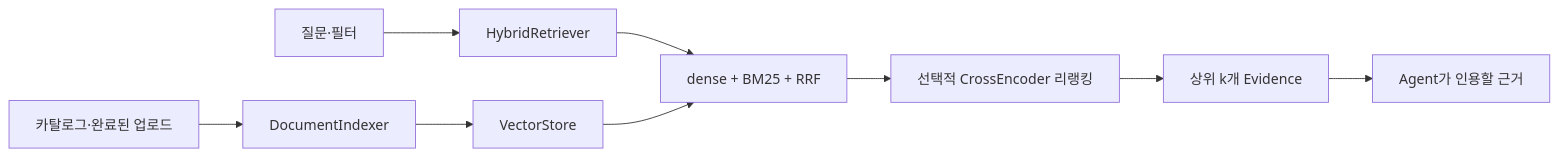
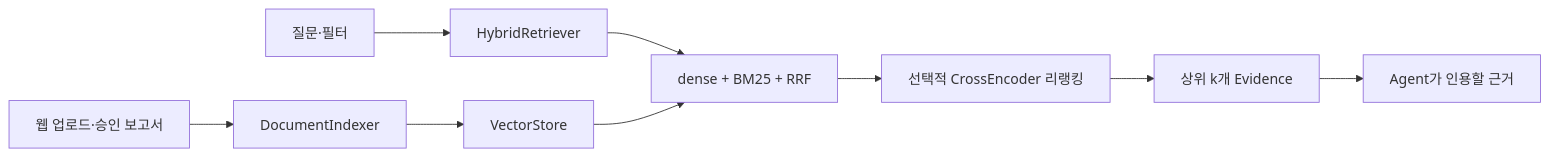
One commit to qoweh/weeing-weeing changed the diagram in docs/RAG_RETRIEVAL.md. Above: the diagram before and after it, drawn with Mermaid. The commit also changed other lines of this file and 56 other files, not shown here.

````diff
--- a/docs/RAG_RETRIEVAL.md
+++ b/docs/RAG_RETRIEVAL.md
@@ -39,11 +39,11 @@
 ```mermaid
 flowchart LR
-    C[카탈로그·완료된 업로드] --> I[DocumentIndexer]
+    C[웹 업로드·승인 보고서] --> I[DocumentIndexer]
     I --> S[VectorStore]
     Q[질문·필터] --> R[HybridRetriever]
     R --> H[dense + BM25 + RRF]
     S --> H
     H --> X[선택적 CrossEncoder 리랭킹]
     X --> K[상위 k개 Evidence]
     K --> A[Agent가 인용할 근거]
 ```
````
